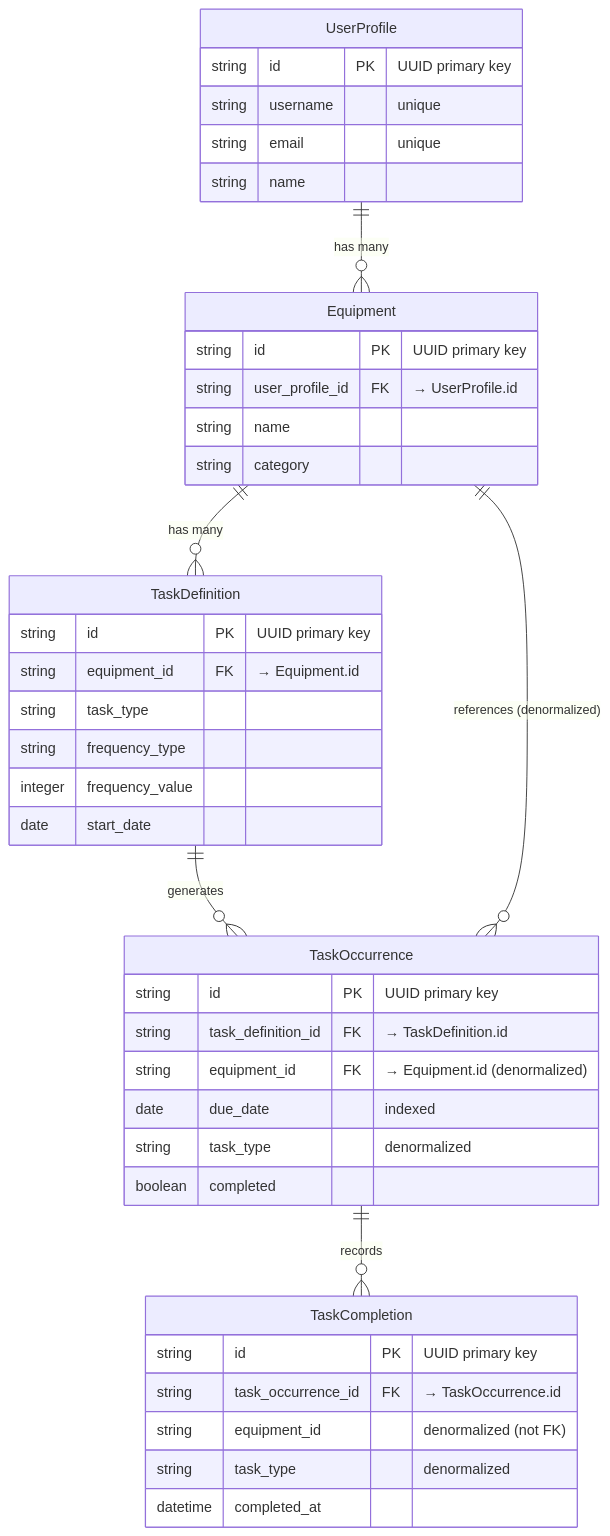
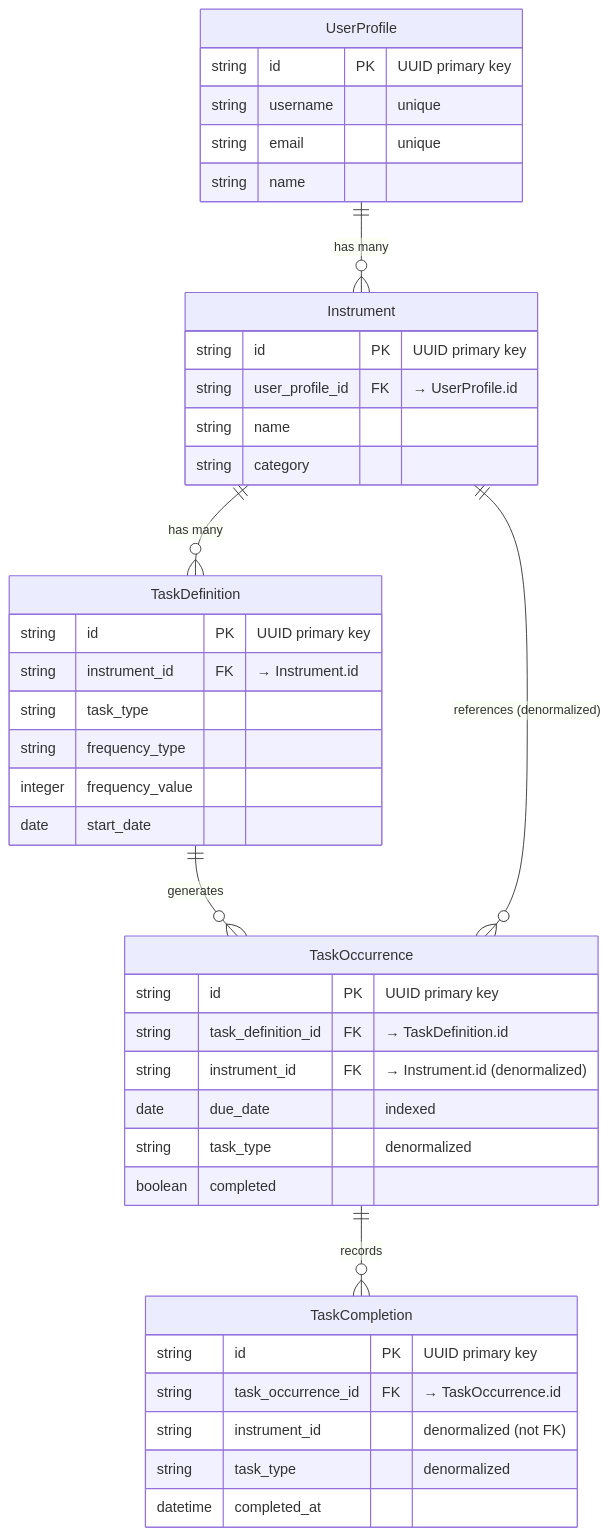
Before and after one commit to beveridges/practice-app: the first of 2 diagrams in DATABASE_RELATIONSHIPS.md, drawn with Mermaid. The commit also changed other lines of this file and 40 other files, not shown here.

````diff
--- a/DATABASE_RELATIONSHIPS.md
+++ b/DATABASE_RELATIONSHIPS.md
@@ -25,48 +25,48 @@
 ```mermaid
 erDiagram
-    UserProfile ||--o{ Equipment : "has many"
-    Equipment ||--o{ TaskDefinition : "has many"
+    UserProfile ||--o{ Instrument : "has many"
+    Instrument ||--o{ TaskDefinition : "has many"
     TaskDefinition ||--o{ TaskOccurrence : "generates"
     TaskOccurrence ||--o{ TaskCompletion : "records"
-    Equipment ||--o{ TaskOccurrence : "references (denormalized)"
+    Instrument ||--o{ TaskOccurrence : "references (denormalized)"
     
     UserProfile {
         string id PK "UUID primary key"
         string username "unique"
         string email "unique"
         string name
     }
     
-    Equipment {
+    Instrument {
         string id PK "UUID primary key"
         string user_profile_id FK "→ UserProfile.id"
         string name
         string category
     }
     
     TaskDefinition {
         string id PK "UUID primary key"
-        string equipment_id FK "→ Equipment.id"
+        string instrument_id FK "→ Instrument.id"
         string task_type
         string frequency_type
         integer frequency_value
         date start_date
     }
     
     TaskOccurrence {
         string id PK "UUID primary key"
         string task_definition_id FK "→ TaskDefinition.id"
-        string equipment_id FK "→ Equipment.id (denormalized)"
+        string instrument_id FK "→ Instrument.id (denormalized)"
         date due_date "indexed"
         string task_type "denormalized"
         boolean completed
     }
     
     TaskCompletion {
         string id PK "UUID primary key"
         string task_occurrence_id FK "→ TaskOccurrence.id"
-        string equipment_id "denormalized (not FK)"
+        string instrument_id "denormalized (not FK)"
         string task_type "denormalized"
         datetime completed_at
     }
 ```
````
